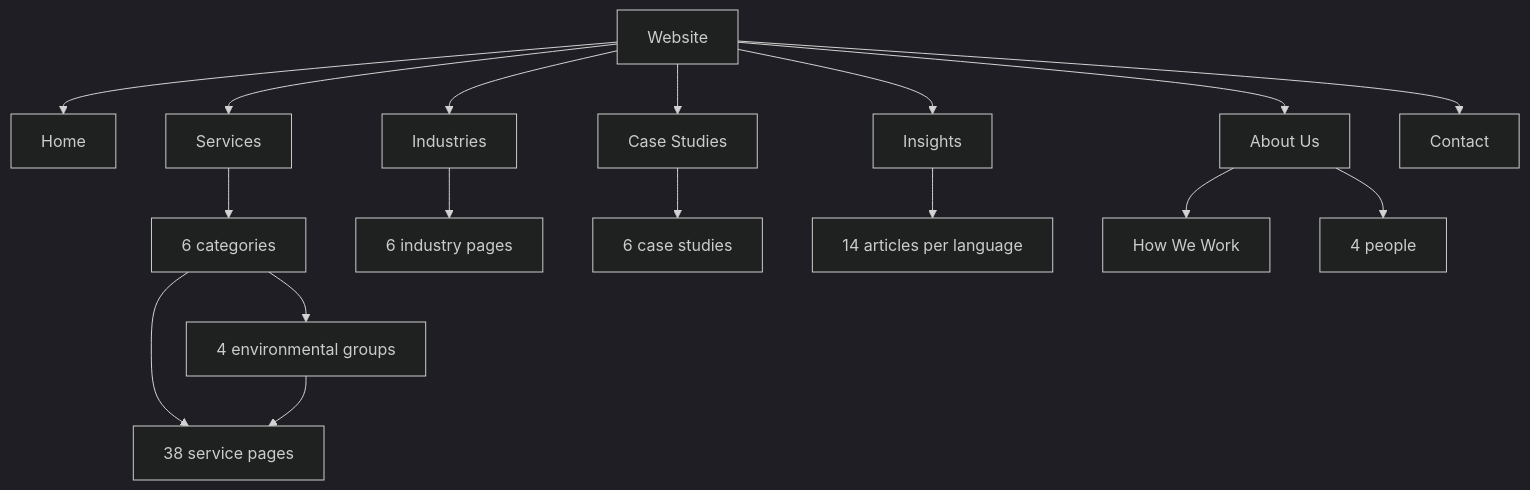
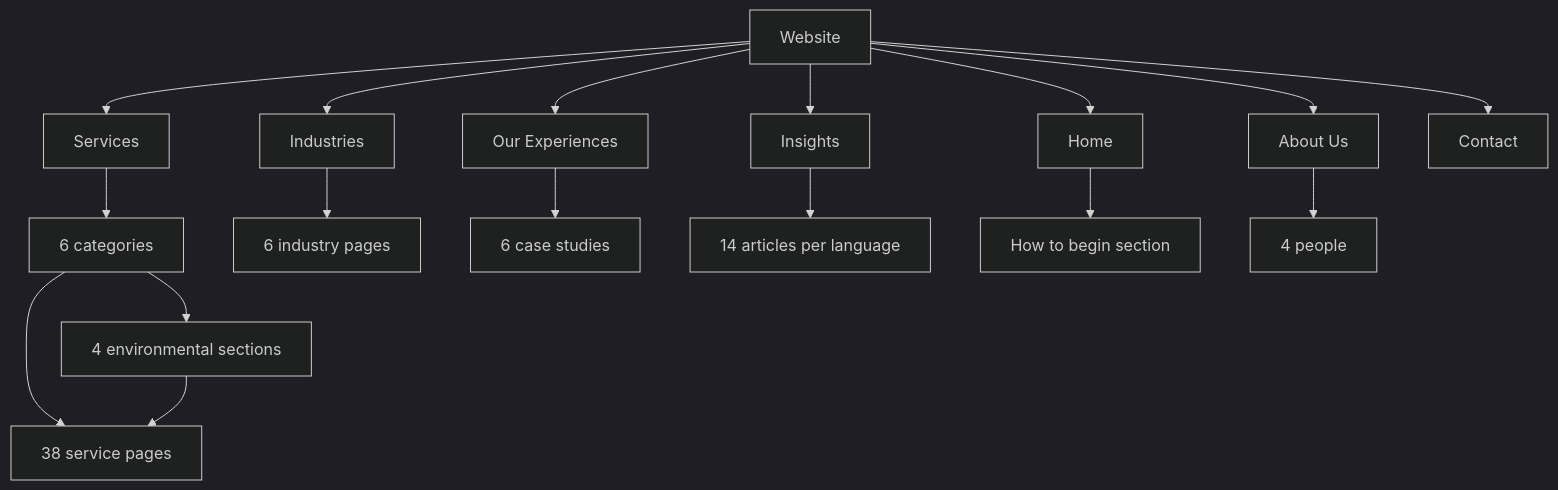
One commit to kultivatedigitalid/Galdino-and-Partners-Law-Firm-and-Consultant changed the diagram in outputs/galdino_partner/website/docs/SITE_MAP.md. Above: the diagram before and after it, drawn with Mermaid (dark theme). The commit also changed other lines of this file and 95 other files, not shown here.

````diff
--- a/outputs/galdino_partner/website/docs/SITE_MAP.md
+++ b/outputs/galdino_partner/website/docs/SITE_MAP.md
@@ -9,19 +9,19 @@
 ```mermaid
 flowchart TD
  Website --> Home
  Website --> Services
  Website --> Industries
- Website --> Cases[Case Studies]
+ Website --> Cases[Our Experiences]
  Website --> Insights
  Website --> About[About Us]
  Website --> Contact
  Services --> Categories[6 categories]
  Categories --> Details[38 service pages]
- Categories --> Environment[4 environmental groups]
+ Categories --> Environment[4 environmental sections]
  Environment --> Details
  Industries --> Sectors[6 industry pages]
  Cases --> CaseDetails[6 case studies]
  Insights --> Articles[14 articles per language]
- About --> Process[How We Work]
+ Home --> Process[How to begin section]
  About --> People[4 people]
 ```
````
